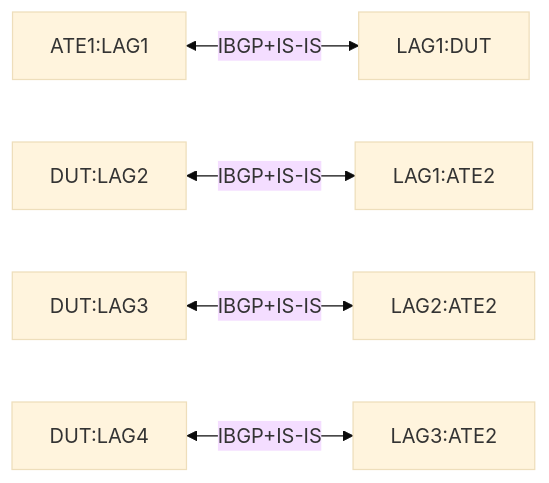
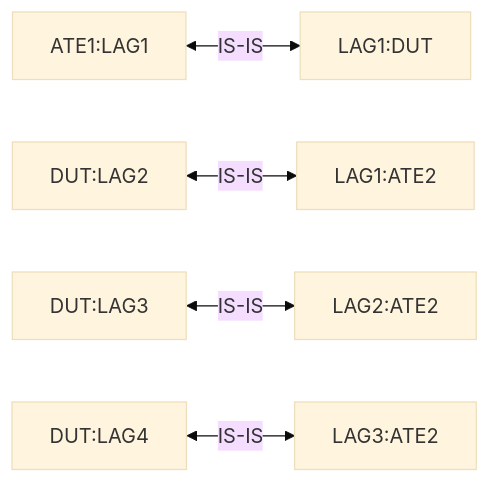
The diagram in feature/isis/otg_tests/weighted_ecmp_test/README.md (openconfig/featureprofiles), drawn with Mermaid (base theme) before and after one commit. The commit also changed other lines of this file and 1 other file, not shown here.

````diff
--- a/feature/isis/otg_tests/weighted_ecmp_test/README.md
+++ b/feature/isis/otg_tests/weighted_ecmp_test/README.md
@@ -22,7 +22,7 @@
 ```mermaid
 graph LR;
-A[ATE1:LAG1] <-- IBGP+IS-IS --> B[LAG1:DUT];
-C[DUT:LAG2] <-- IBGP+IS-IS --> D[LAG1:ATE2];
-E[DUT:LAG3] <-- IBGP+IS-IS --> F[LAG2:ATE2];
-G[DUT:LAG4] <-- IBGP+IS-IS --> H[LAG3:ATE2];
+A[ATE1:LAG1] <-- IS-IS --> B[LAG1:DUT];
+C[DUT:LAG2] <-- IS-IS --> D[LAG1:ATE2];
+E[DUT:LAG3] <-- IS-IS --> F[LAG2:ATE2];
+G[DUT:LAG4] <-- IS-IS --> H[LAG3:ATE2];
 ```
````
